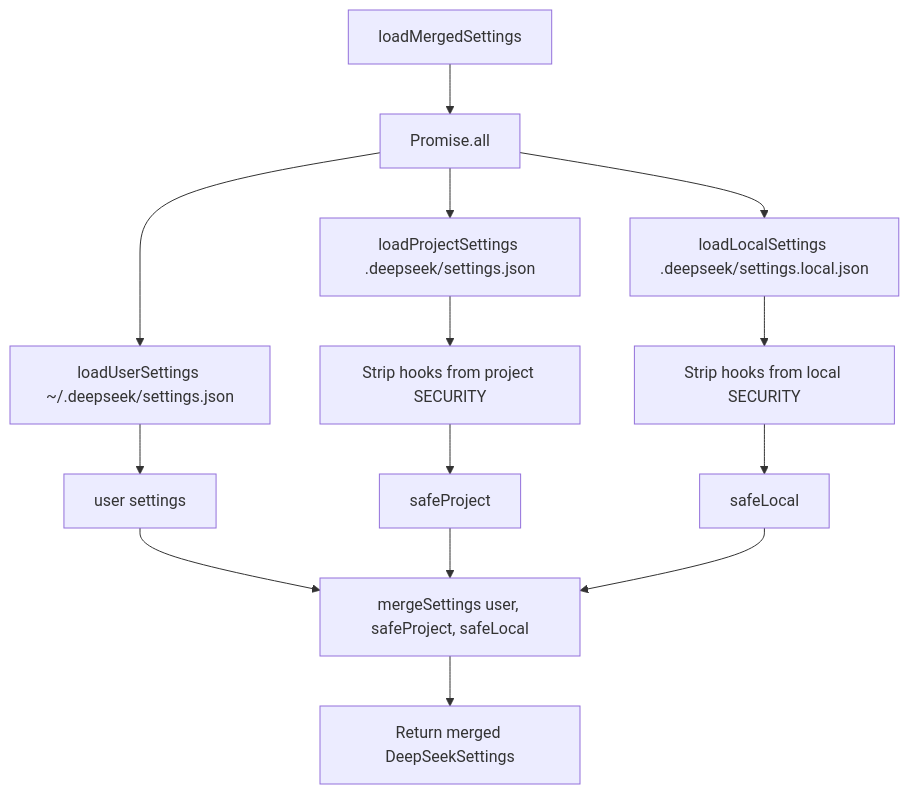
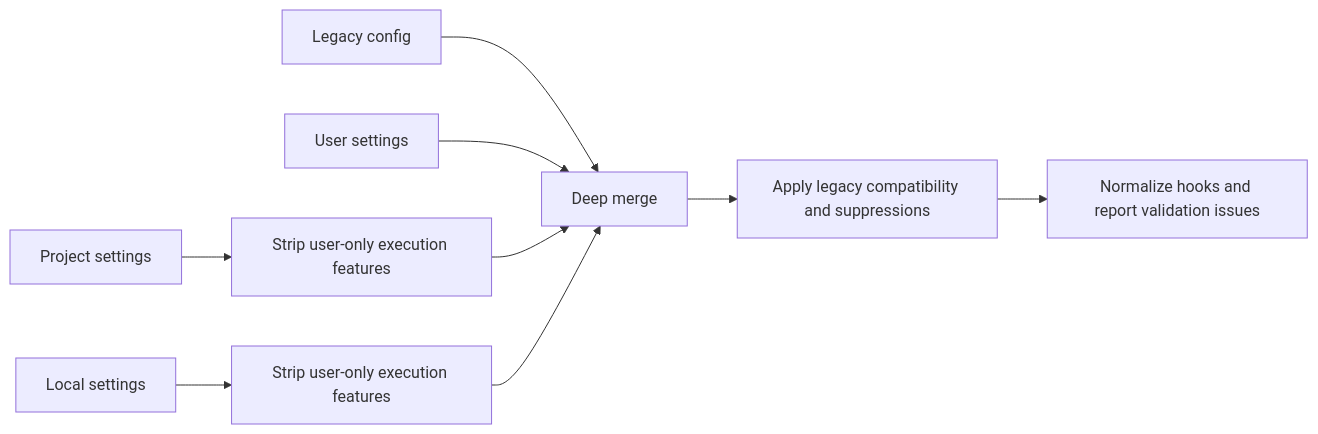
The diagram in _reversa_sdd/flowcharts/settings.md (Hermenics/deepseek-code), drawn with Mermaid before and after one commit. The commit also changed other lines of this file and 151 other files, not shown here.

First line of the commit message:
docs(agents): reorganize skill documentation and expand SDD architecture

````diff
--- a/_reversa_sdd/flowcharts/settings.md
+++ b/_reversa_sdd/flowcharts/settings.md
@@ -8,20 +3,11 @@
 ```mermaid
-flowchart TD
-    A[loadMergedSettings] --> B[Promise.all]
-    B --> C[loadUserSettings ~/.deepseek/settings.json]
-    B --> D[loadProjectSettings .deepseek/settings.json]
-    B --> E[loadLocalSettings .deepseek/settings.local.json]
-    
-    C --> F[user settings]
-    D --> G[Strip hooks from project SECURITY]
-    E --> H[Strip hooks from local SECURITY]
-    
-    G --> I[safeProject]
-    H --> J[safeLocal]
-    
-    F --> K[mergeSettings user, safeProject, safeLocal]
-    I --> K
-    J --> K
-    
-    K --> L[Return merged DeepSeekSettings]
+flowchart LR
+  A[Legacy config] --> E[Deep merge]
+  B[User settings] --> E
+  C[Project settings] --> D[Strip user-only execution features]
+  D --> E
+  F[Local settings] --> G[Strip user-only execution features]
+  G --> E
+  E --> H[Apply legacy compatibility and suppressions]
+  H --> I[Normalize hooks and report validation issues]
 ```
````
